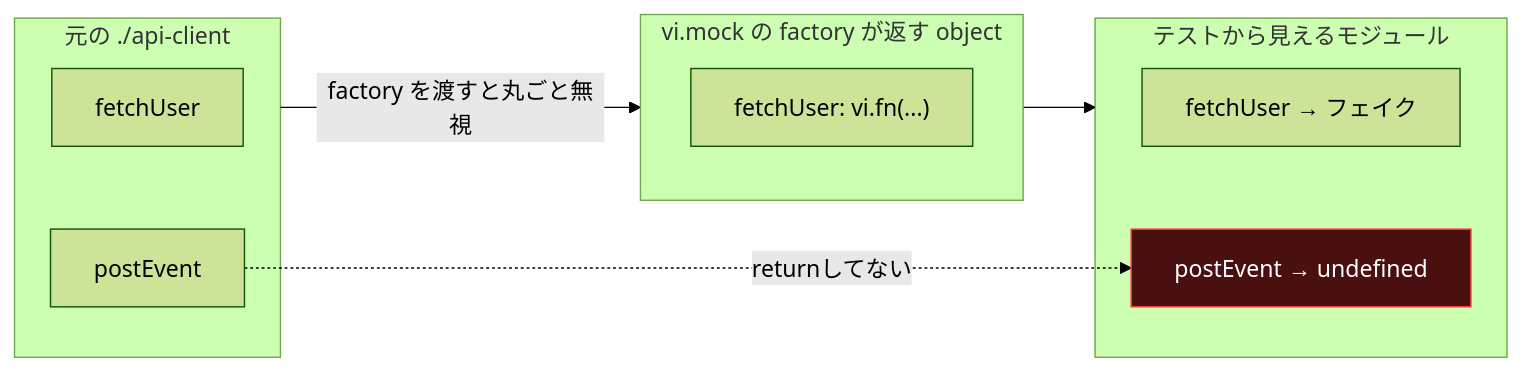
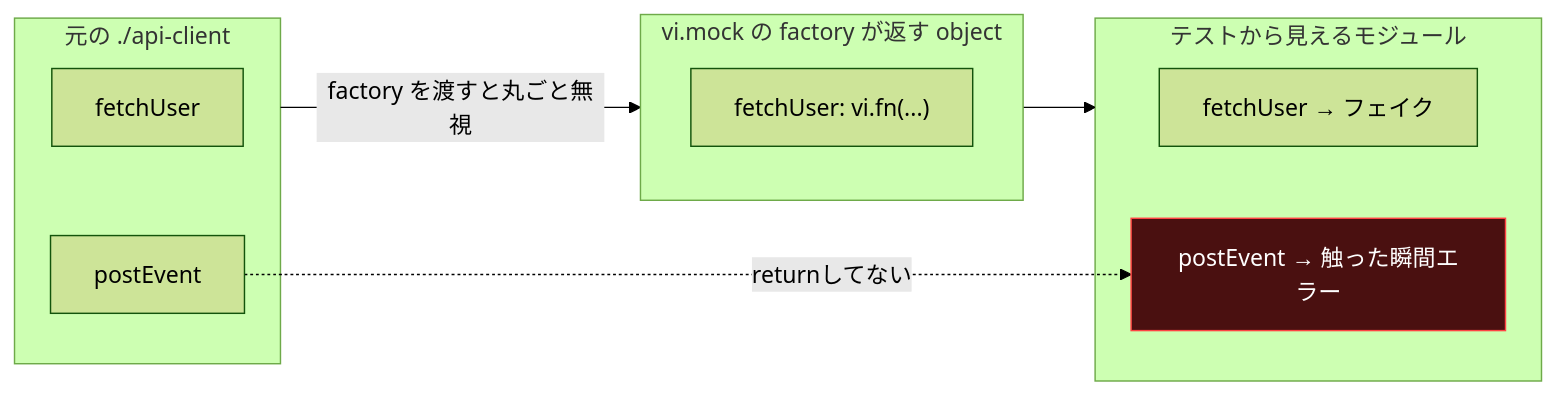
The diagram in articles/vitest-vi-mock-factory-time-bomb.md (GeneralD/zenn-content), drawn with Mermaid (forest theme) before and after one commit. The commit also changed other lines of this file, not shown here.

Commit message:
fix: correct the failure mechanism in the vi.mock article
The 真因 section explained the missing export as "becomes undefined, then
throws TypeError when called". That contradicted the error output the
article itself shows three times.

Verified empirically (vitest 3.2.6) and against the source: vi.mock's
factory result is wrapped in a Proxy whose get trap detects
`!(prop in target)` and throws a Vitest-specific Error — at property
access, before any call. `instanceof TypeError` is false; `typeof` alone
is enough to trigger it. The undefined-then-TypeError path is never
taken. Implementation: packages/vitest/src/runtime/moduleRunner/
moduleMocker.ts, consistent from v1.0.0 to main.

Fixes the mermaid node label carrying the same error.

````diff
--- a/articles/vitest-vi-mock-factory-time-bomb.md
+++ b/articles/vitest-vi-mock-factory-time-bomb.md
@@ -62,23 +62,23 @@
 ```mermaid
 flowchart LR
     subgraph M["元の ./api-client"]
         F1["fetchUser"]
         F2["postEvent"]
     end
 
     subgraph V["vi.mock の factory が返す object"]
         G1["fetchUser: vi.fn(...)"]
     end
 
     M -- "factory を渡すと丸ごと無視" --> V
 
     subgraph T["テストから見えるモジュール"]
         H1["fetchUser → フェイク"]
-        H2["postEvent → undefined"]
+        H2["postEvent → 触った瞬間エラー"]
     end
 
     V --> T
     F2 -. "returnしてない" .-> H2
 
     style H2 fill:#4a1010,stroke:#ff4444,color:#fff
 ```
````
